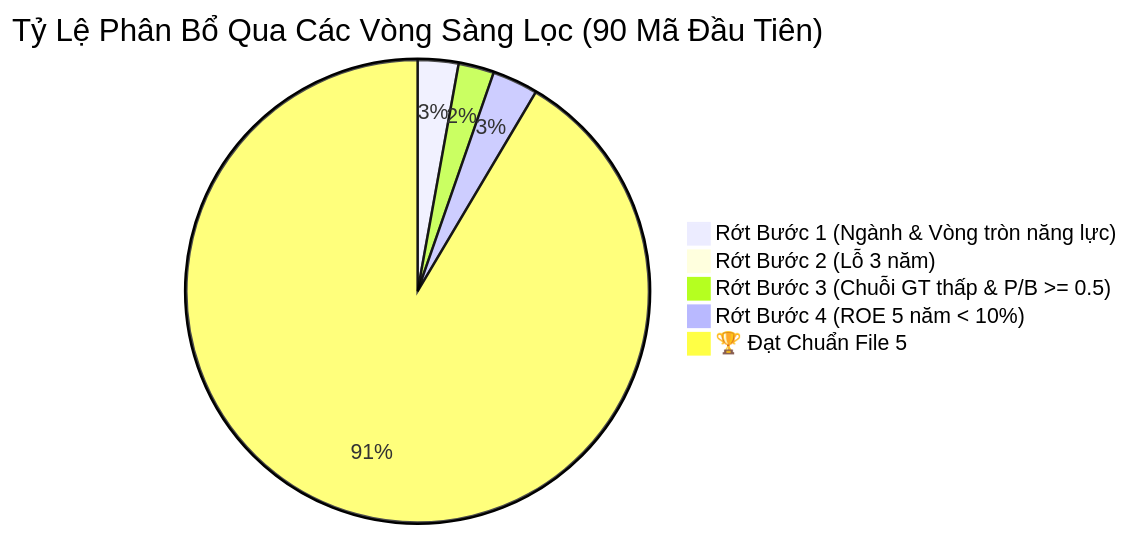
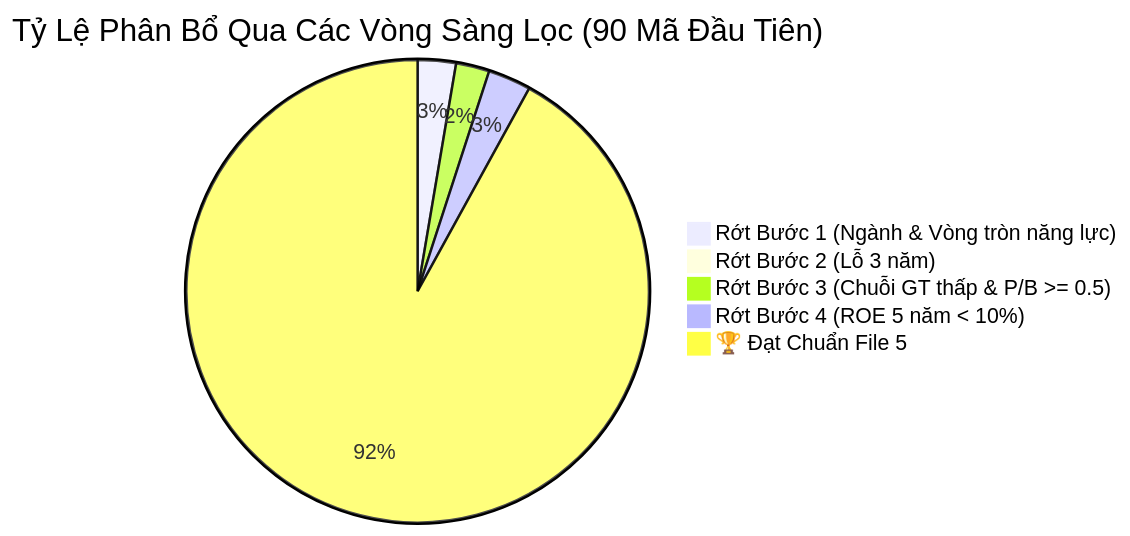
The diagram in screenings/screening_dashboard.md (lenhan1102/pdf-analyzer), drawn with Mermaid before and after one commit. The commit also changed other lines of this file and 10 other files, not shown here.

````diff
--- a/screenings/screening_dashboard.md
+++ b/screenings/screening_dashboard.md
@@ -9,8 +9,8 @@
 ```mermaid
 pie title Tỷ Lệ Phân Bổ Qua Các Vòng Sàng Lọc (90 Mã Đầu Tiên)
     "Rớt Bước 1 (Ngành & Vòng tròn năng lực)" : 16
     "Rớt Bước 2 (Lỗ 3 năm)" : 1
     "Rớt Bước 3 (Chuỗi GT thấp & P/B >= 0.5)" : 14
     "Rớt Bước 4 (ROE 5 năm < 10%)" : 18
-    "🏆 Đạt Chuẩn File 5" : 515
+    "🏆 Đạt Chuẩn File 5" : 552
 ```
````
